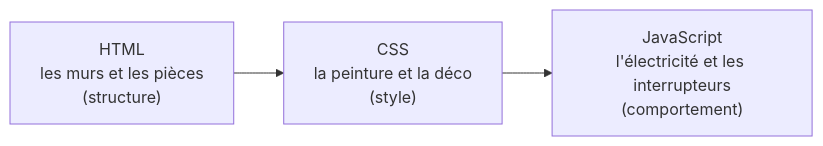
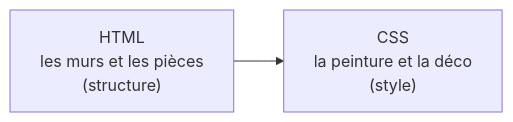
One commit to monirelouarroudi-cmd/V1 changed the fifth of 8 diagrams in README.md. Above: the diagram before and after it, drawn with Mermaid. The commit also changed other lines of this file, not shown here.

````diff
--- a/README.md
+++ b/README.md
@@ -155,4 +138,4 @@
 ```mermaid
 flowchart LR
-    H["HTML<br/>les murs et les pièces<br/>(structure)"] --> C["CSS<br/>la peinture et la déco<br/>(style)"] --> J["JavaScript<br/>l'électricité et les interrupteurs<br/>(comportement)"]
+    H["HTML<br/>les murs et les pièces<br/>(structure)"] --> C["CSS<br/>la peinture et la déco<br/>(style)"]
 ```
````
